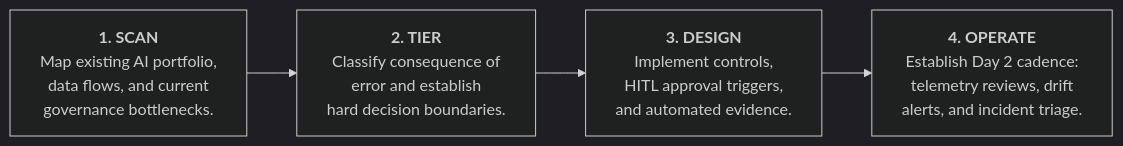
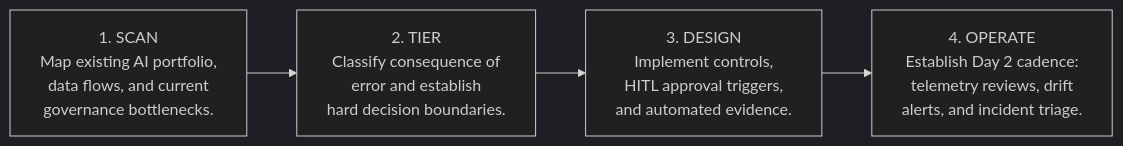
One commit to shibinantony/responsible-ai-controls-architecture changed the second of 2 diagrams in README.md. Above: the diagram before and after it, drawn with Mermaid (dark theme). The commit also changed other lines of this file and 7 other files, not shown here.

Commit message:
docs: add SVG architecture diagrams, restore tables, and fix cross-document navigation links

````diff
--- a/README.md
+++ b/README.md
@@ -96,7 +148,7 @@
 ```mermaid
 flowchart LR
-    S1["<b>1. SCAN</b><br/>Map existing AI portfolio,<br/>data flows, and current<br/>governance bottlenecks."] -->
-    S2["<b>2. TIER</b><br/>Classify consequence of<br/>error and establish<br/>hard decision boundaries."] -->
-    S3["<b>3. DESIGN</b><br/>Implement controls,<br/>HITL approval triggers,<br/>and automated evidence."] -->
-    S4["<b>4. OPERATE</b><br/>Establish Day 2 cadence:<br/>telemetry reviews, drift<br/>alerts, and incident triage."]
+    S1["1. SCAN<br/>Map existing AI portfolio,<br/>data flows, and current<br/>governance bottlenecks."] -->
+    S2["2. TIER<br/>Classify consequence of<br/>error and establish<br/>hard decision boundaries."] -->
+    S3["3. DESIGN<br/>Implement controls,<br/>HITL approval triggers,<br/>and automated evidence."] -->
+    S4["4. OPERATE<br/>Establish Day 2 cadence:<br/>telemetry reviews, drift<br/>alerts, and incident triage."]
 ```
````
